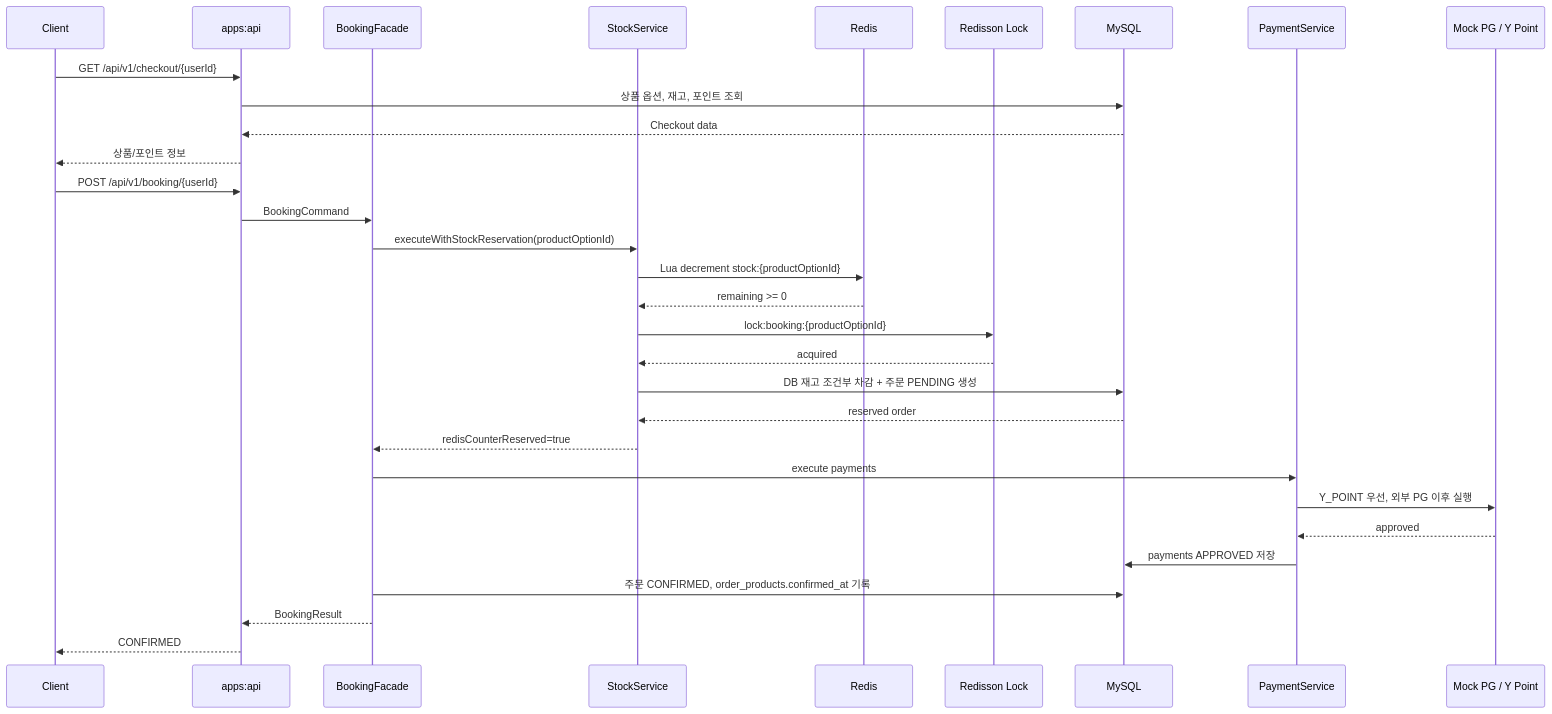
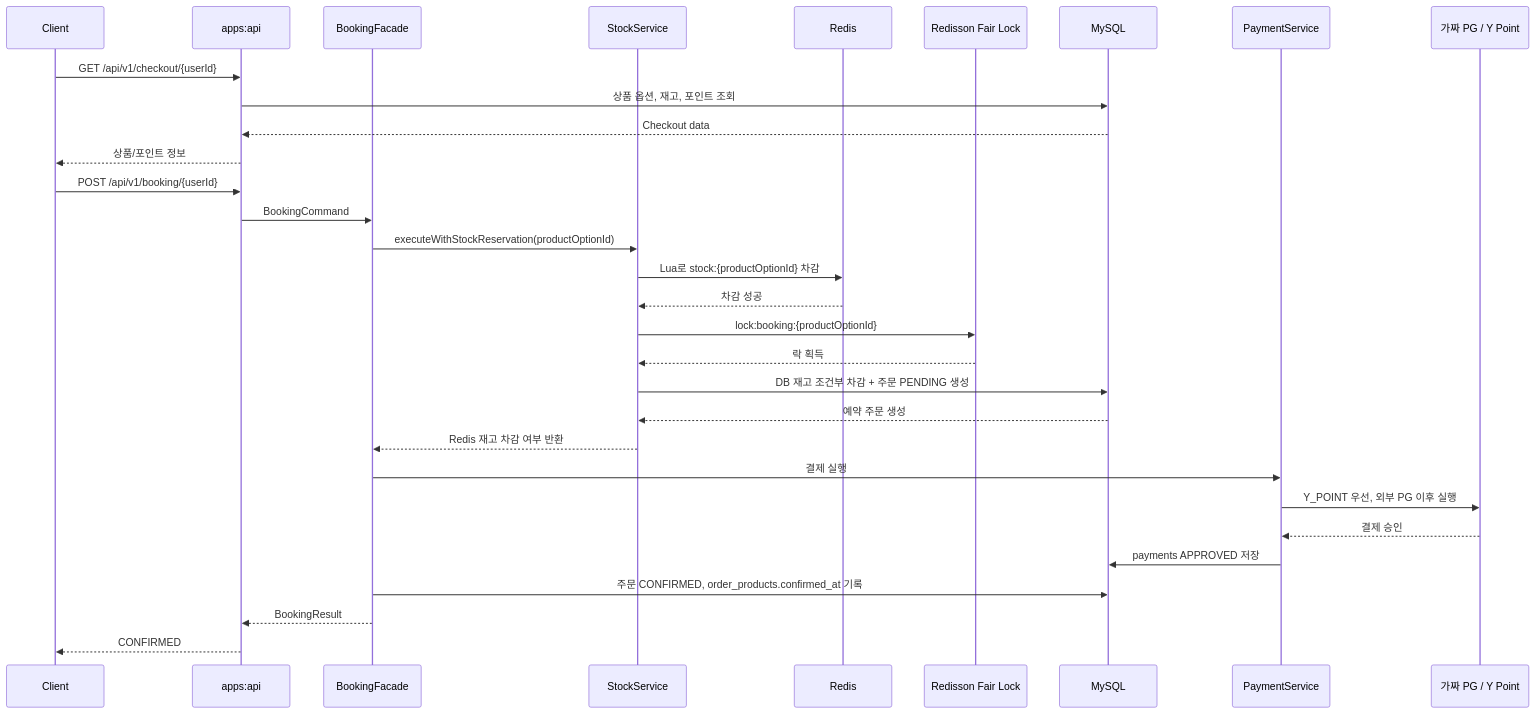
One commit to char-yb/fcfs-reservation-system changed the second of 4 diagrams in README.md. Above: the diagram before and after it, drawn with Mermaid. The commit also changed other lines of this file and 7 other files, not shown here.

````diff
--- a/README.md
+++ b/README.md
@@ -361,35 +361,35 @@
 ```mermaid
 sequenceDiagram
     participant Client
     participant API as apps:api
     participant Facade as BookingFacade
     participant Stock as StockService
     participant Redis as Redis
-    participant Lock as Redisson Lock
+    participant Lock as Redisson Fair Lock
     participant DB as MySQL
     participant Payment as PaymentService
-    participant PG as Mock PG / Y Point
+    participant PG as 가짜 PG / Y Point
 
     Client->>API: GET /api/v1/checkout/{userId}
     API->>DB: 상품 옵션, 재고, 포인트 조회
     DB-->>API: Checkout data
     API-->>Client: 상품/포인트 정보
 
     Client->>API: POST /api/v1/booking/{userId}
     API->>Facade: BookingCommand
     Facade->>Stock: executeWithStockReservation(productOptionId)
-    Stock->>Redis: Lua decrement stock:{productOptionId}
-    Redis-->>Stock: remaining >= 0
+    Stock->>Redis: Lua로 stock:{productOptionId} 차감
+    Redis-->>Stock: 차감 성공
     Stock->>Lock: lock:booking:{productOptionId}
-    Lock-->>Stock: acquired
+    Lock-->>Stock: 락 획득
     Stock->>DB: DB 재고 조건부 차감 + 주문 PENDING 생성
-    DB-->>Stock: reserved order
-    Stock-->>Facade: redisCounterReserved=true
-    Facade->>Payment: execute payments
+    DB-->>Stock: 예약 주문 생성
+    Stock-->>Facade: Redis 재고 차감 여부 반환
+    Facade->>Payment: 결제 실행
     Payment->>PG: Y_POINT 우선, 외부 PG 이후 실행
-    PG-->>Payment: approved
+    PG-->>Payment: 결제 승인
     Payment->>DB: payments APPROVED 저장
     Facade->>DB: 주문 CONFIRMED, order_products.confirmed_at 기록
     Facade-->>API: BookingResult
     API-->>Client: CONFIRMED
 ```
````
